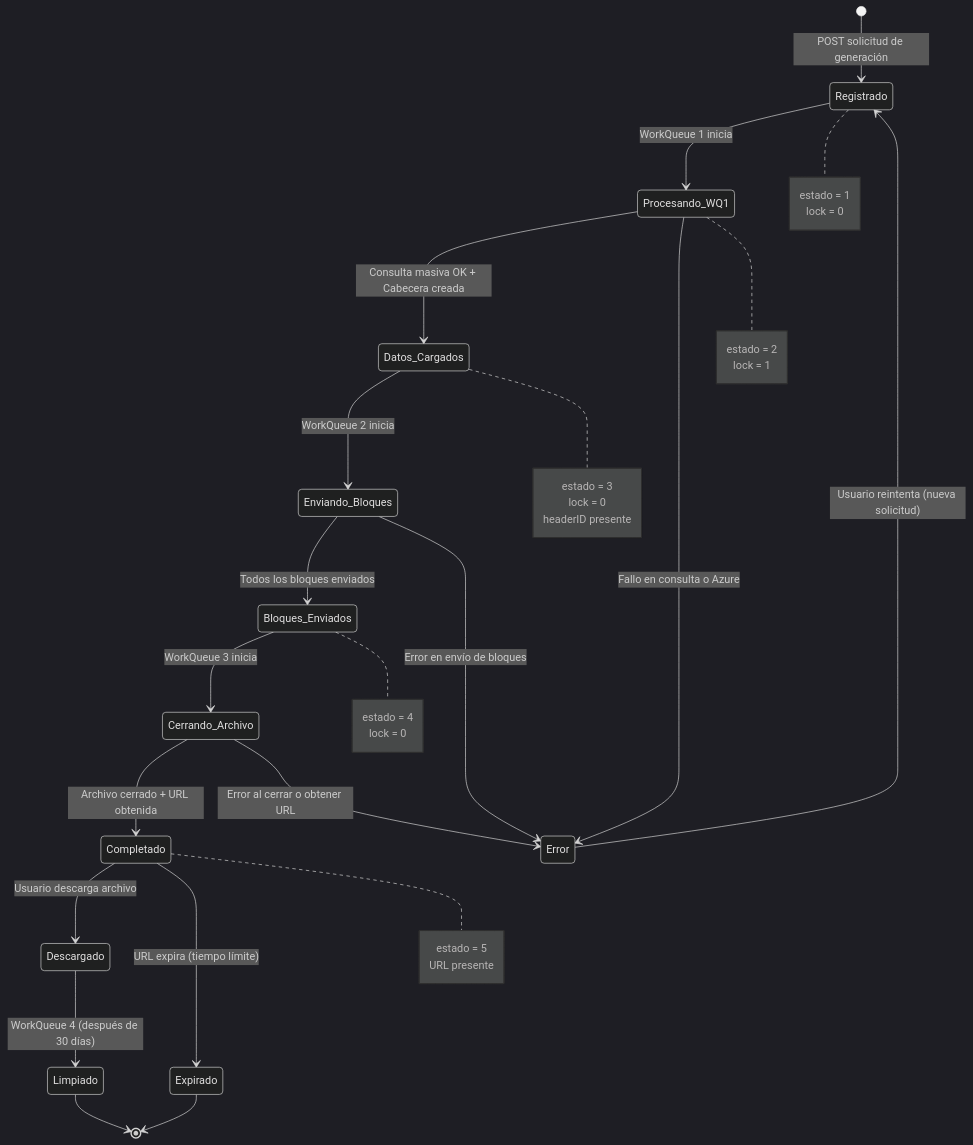
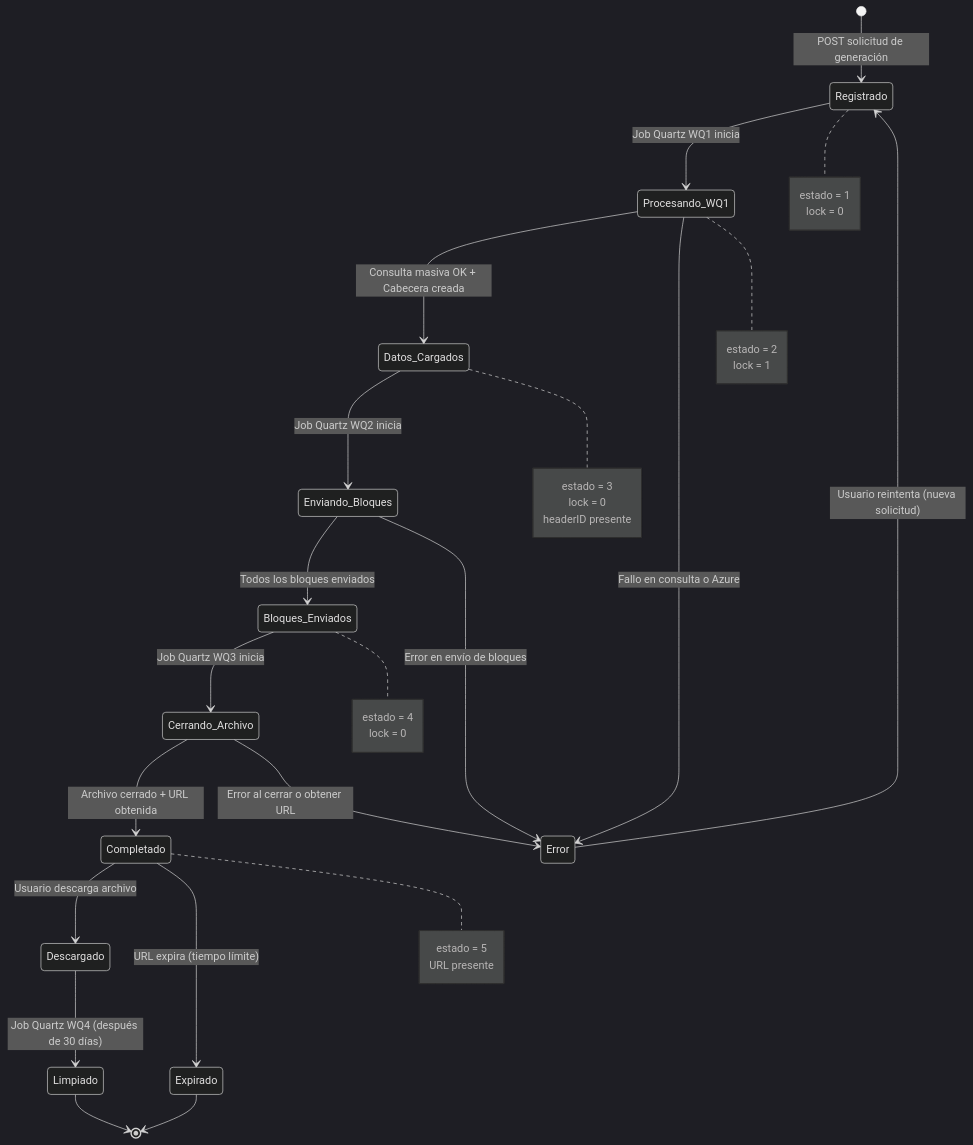
Before and after one commit to estebancolorado/MetodoCeibaSura: the sixth of 7 diagrams in docs/architecture/flujo-generacion-reporte-detalle-cobro.md, drawn with Mermaid (dark theme). The commit also changed other lines of this file and 16 other files, not shown here.

````diff
--- a/docs/architecture/flujo-generacion-reporte-detalle-cobro.md
+++ b/docs/architecture/flujo-generacion-reporte-detalle-cobro.md
@@ -344,49 +596,49 @@
 ```mermaid
 stateDiagram-v2
     [*] --> Registrado: POST solicitud de generación
-    Registrado --> Procesando_WQ1: WorkQueue 1 inicia
+    Registrado --> Procesando_WQ1: Job Quartz WQ1 inicia
     Procesando_WQ1 --> Datos_Cargados: Consulta masiva OK + Cabecera creada
     Procesando_WQ1 --> Error: Fallo en consulta o Azure
     
-    Datos_Cargados --> Enviando_Bloques: WorkQueue 2 inicia
+    Datos_Cargados --> Enviando_Bloques: Job Quartz WQ2 inicia
     Enviando_Bloques --> Bloques_Enviados: Todos los bloques enviados
     Enviando_Bloques --> Error: Error en envío de bloques
     
-    Bloques_Enviados --> Cerrando_Archivo: WorkQueue 3 inicia
+    Bloques_Enviados --> Cerrando_Archivo: Job Quartz WQ3 inicia
     Cerrando_Archivo --> Completado: Archivo cerrado + URL obtenida
     Cerrando_Archivo --> Error: Error al cerrar o obtener URL
     
     Completado --> Descargado: Usuario descarga archivo
     Completado --> Expirado: URL expira (tiempo límite)
     
     Error --> Registrado: Usuario reintenta (nueva solicitud)
     Expirado --> [*]
-    Descargado --> Limpiado: WorkQueue 4 (después de 30 días)
+    Descargado --> Limpiado: Job Quartz WQ4 (después de 30 días)
     Limpiado --> [*]
 
     note right of Registrado
         estado = 1
         lock = 0
     end note
 
     note right of Procesando_WQ1
         estado = 2
         lock = 1
     end note
 
     note right of Datos_Cargados
         estado = 3
         lock = 0
         headerID presente
     end note
 
     note right of Bloques_Enviados
         estado = 4
         lock = 0
     end note
 
     note right of Completado
         estado = 5
         URL presente
     end note
 ```
````
